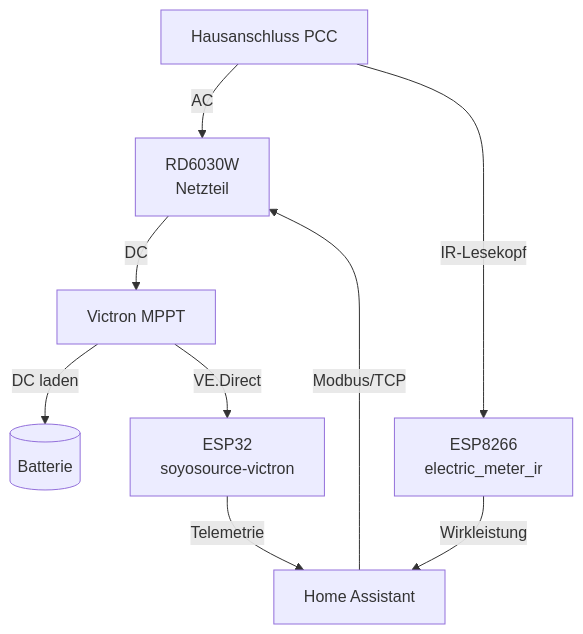
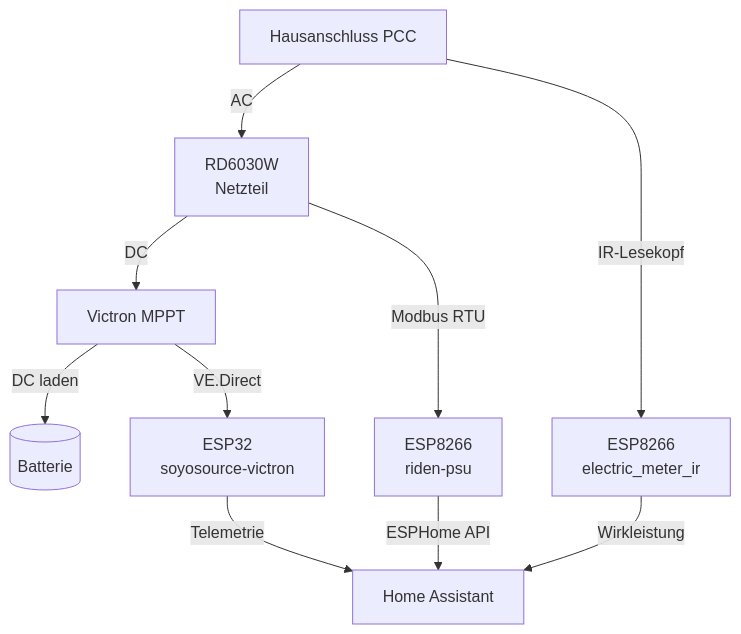
The second of 2 diagrams in README.md (simonsilie/home-automation), drawn with Mermaid before and after one commit. The commit also changed other lines of this file and 8 other files, not shown here.

````diff
--- a/README.md
+++ b/README.md
@@ -27,11 +27,12 @@
 ```mermaid
 flowchart TD
     PCC[Hausanschluss PCC] -->|AC| RD6030W[RD6030W\nNetzteil]
     RD6030W -->|DC| MPPT[Victron MPPT]
     MPPT -->|DC laden| Batterie[(Batterie)]
     PCC -->|IR-Lesekopf| ESP8266[ESP8266\nelectric_meter_ir]
     ESP8266 -->|Wirkleistung| HA[Home Assistant]
-    HA -->|Modbus/TCP| RD6030W
+  RD6030W -->|Modbus RTU| ESP8266_RIDEN[ESP8266\nriden-psu]
+  ESP8266_RIDEN -->|ESPHome API| HA
     MPPT -->|VE.Direct| ESP32[ESP32\nsoyosource-victron]
     ESP32 -->|Telemetrie| HA
 ```
````
